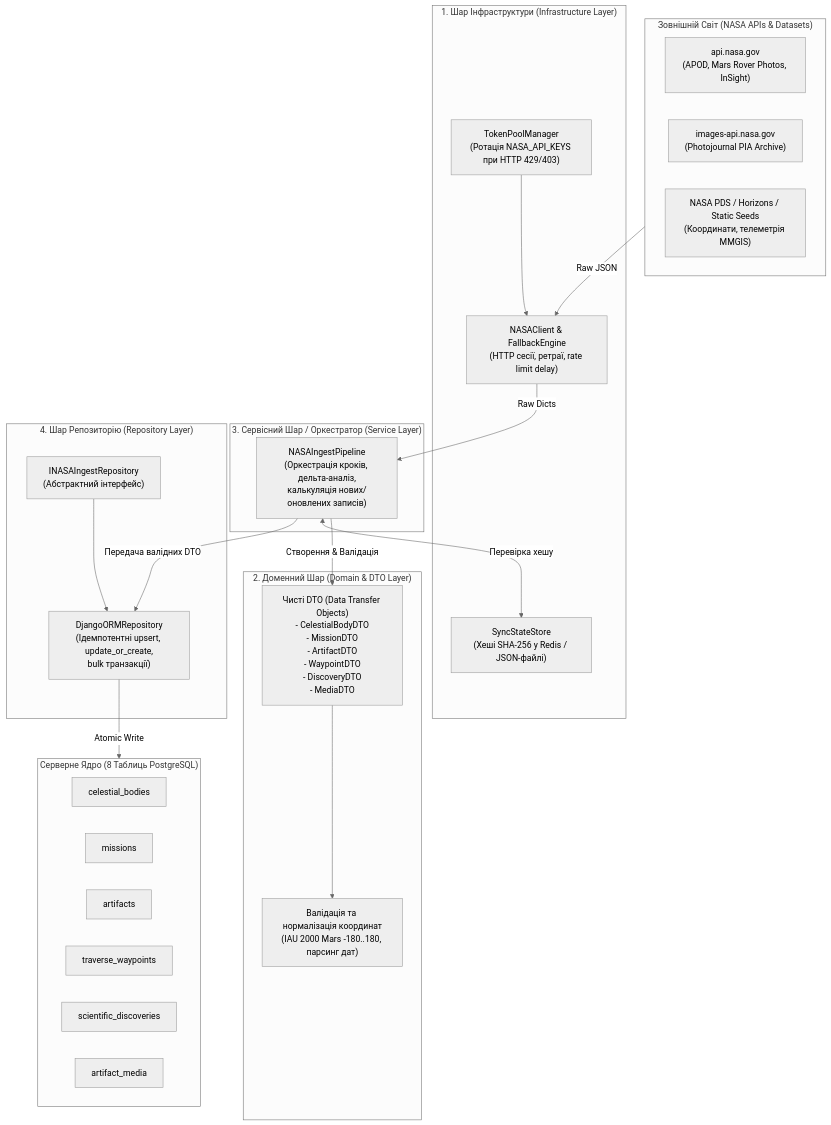
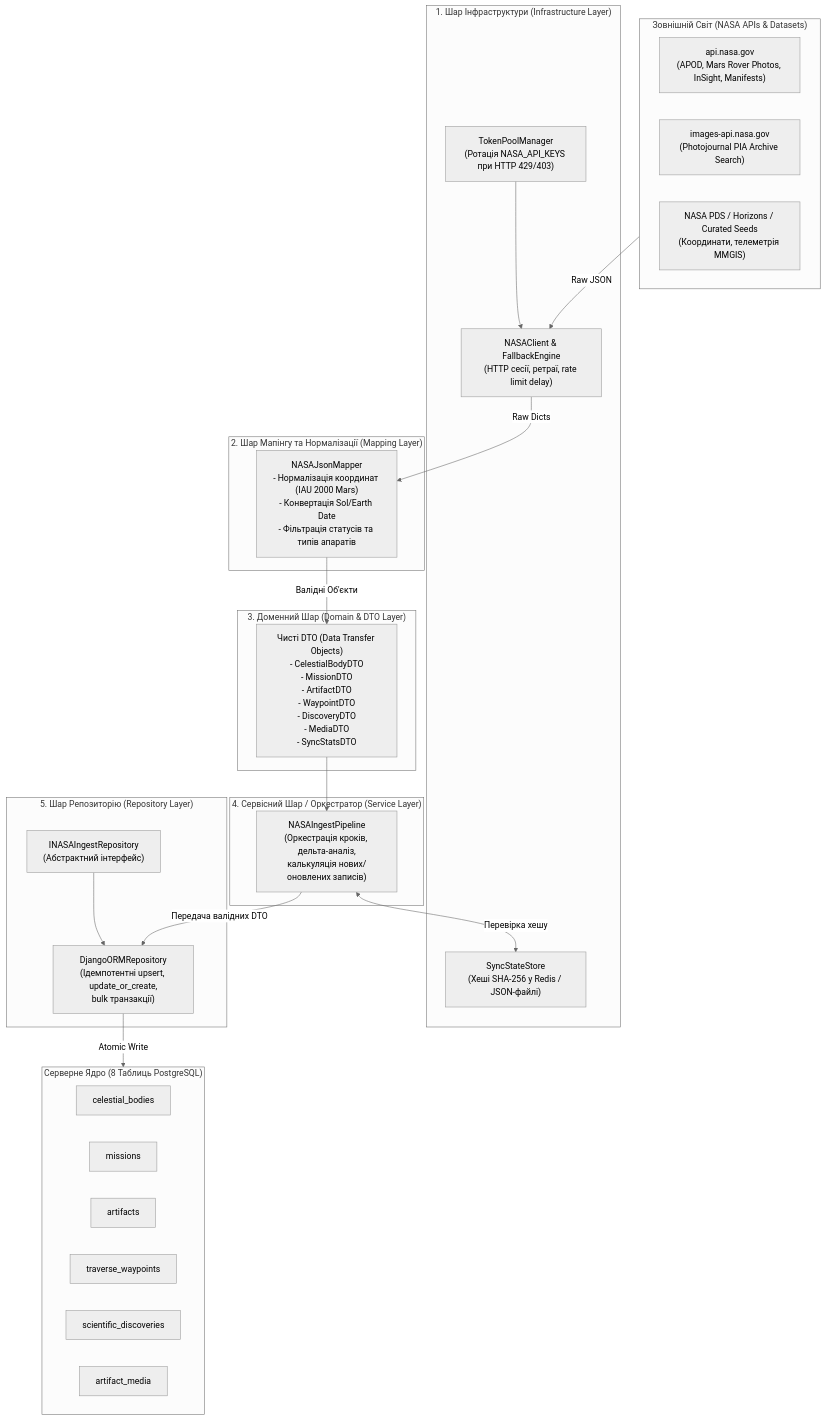
Before and after one commit to JekVolk/CosmoLost: the diagram in business/spec/06_architecture/TASK_NASA_INGEST_LOADER_GUIDE.md, drawn with Mermaid (neutral theme). The commit also changed other lines of this file, not shown here.

Commit message:
docs(loader): enrich NASA Ingest guide with full mappers, curated seeds, constants, and developer runbook

````diff
--- a/business/spec/06_architecture/TASK_NASA_INGEST_LOADER_GUIDE.md
+++ b/business/spec/06_architecture/TASK_NASA_INGEST_LOADER_GUIDE.md
@@ -18,47 +19,50 @@
 ```mermaid
 flowchart TD
     subgraph External["Зовнішній Світ (NASA APIs & Datasets)"]
-        NASA_APIs["api.nasa.gov<br>(APOD, Mars Rover Photos, InSight)"]
-        NASA_Images["images-api.nasa.gov<br>(Photojournal PIA Archive)"]
-        NASA_PDS["NASA PDS / Horizons / Static Seeds<br>(Координати, телеметрія MMGIS)"]
+        NASA_APIs["api.nasa.gov<br>(APOD, Mars Rover Photos, InSight, Manifests)"]
+        NASA_Images["images-api.nasa.gov<br>(Photojournal PIA Archive Search)"]
+        NASA_PDS["NASA PDS / Horizons / Curated Seeds<br>(Координати, телеметрія MMGIS)"]
     end
 
     subgraph InfrastructureLayer["1. Шар Інфраструктури (Infrastructure Layer)"]
         TokenPool["TokenPoolManager<br>(Ротація NASA_API_KEYS при HTTP 429/403)"]
         NASAClient["NASAClient & FallbackEngine<br>(HTTP сесії, ретраї, rate limit delay)"]
         StateStore["SyncStateStore<br>(Хеші SHA-256 у Redis / JSON-файлі)"]
         TokenPool --> NASAClient
     end
 
-    subgraph DomainLayer["2. Доменний Шар (Domain & DTO Layer)"]
-        DTOs["Чисті DTO (Data Transfer Objects)<br>- CelestialBodyDTO<br>- MissionDTO<br>- ArtifactDTO<br>- WaypointDTO<br>- DiscoveryDTO<br>- MediaDTO"]
-        Normalizer["Валідація та нормалізація координат<br>(IAU 2000 Mars -180..180, парсинг дат)"]
-        DTOs --> Normalizer
+    subgraph MappingLayer["2. Шар Мапінгу та Нормалізації (Mapping Layer)"]
+        Mappers["NASAJsonMapper<br>- Нормалізація координат (IAU 2000 Mars)<br>- Конвертація Sol/Earth Date<br>- Фільтрація статусів та типів апаратів"]
     end
 
-    subgraph ServiceLayer["3. Сервісний Шар / Оркестратор (Service Layer)"]
+    subgraph DomainLayer["3. Доменний Шар (Domain & DTO Layer)"]
+        DTOs["Чисті DTO (Data Transfer Objects)<br>- CelestialBodyDTO<br>- MissionDTO<br>- ArtifactDTO<br>- WaypointDTO<br>- DiscoveryDTO<br>- MediaDTO<br>- SyncStatsDTO"]
+    end
+
+    subgraph ServiceLayer["4. Сервісний Шар / Оркестратор (Service Layer)"]
         Pipeline["NASAIngestPipeline<br>(Оркестрація кроків, дельта-аналіз,<br>калькуляція нових/оновлених записів)"]
     end
 
-    subgraph RepositoryLayer["4. Шар Репозиторію (Repository Layer)"]
+    subgraph RepositoryLayer["5. Шар Репозиторію (Repository Layer)"]
         RepoInterface["INASAIngestRepository<br>(Абстрактний інтерфейс)"]
         DjangoRepo["DjangoORMRepository<br>(Ідемпотентні upsert, update_or_create,<br>bulk транзакції)"]
         RepoInterface --> DjangoRepo
     end
 
     subgraph CoreDB["Серверне Ядро (8 Таблиць PostgreSQL)"]
         M1["celestial_bodies"]
         M2["missions"]
         M3["artifacts"]
         M4["traverse_waypoints"]
         M5["scientific_discoveries"]
         M6["artifact_media"]
     end
 
     External -->|Raw JSON| NASAClient
-    NASAClient -->|Raw Dicts| Pipeline
-    Pipeline -->|Створення & Валідація| DTOs
+    NASAClient -->|Raw Dicts| Mappers
+    Mappers -->|Валідні Об'єкти| DTOs
+    DTOs --> Pipeline
     Pipeline <-->|Перевірка хешу| StateStore
     Pipeline -->|Передача валідних DTO| DjangoRepo
     DjangoRepo -->|Atomic Write| CoreDB
 ```
````
